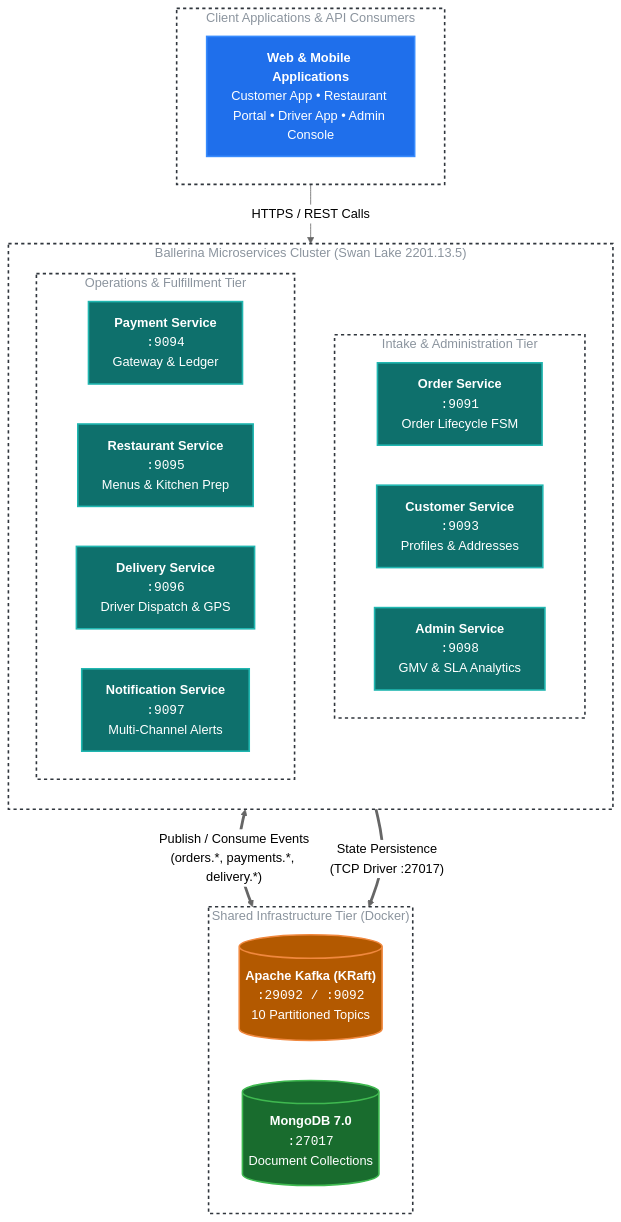
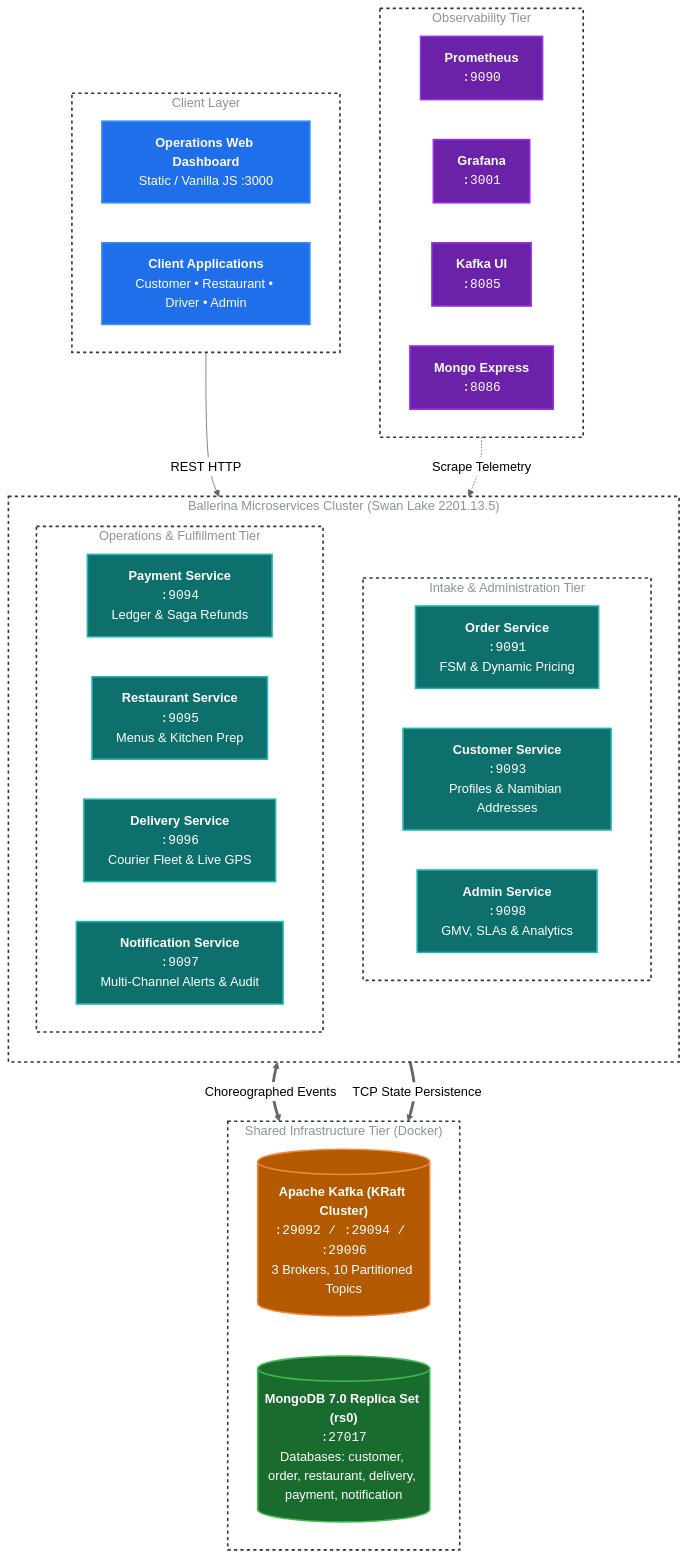
The second of 3 diagrams in README.md (CodeGrogu/DSA-Assignment-2), drawn with Mermaid (neutral theme) before and after one commit. The commit also changed other lines of this file and 90 other files, not shown here.

Commit message:
feat: complete platform service integration, workflows, and order explainer

````diff
--- a/README.md
+++ b/README.md
@@ -45,45 +46,55 @@
 ```mermaid
 flowchart TB
     classDef clientNode fill:#1f6feb,stroke:#388bfd,stroke-width:2px,color:#ffffff,font-family:sans-serif;
     classDef serviceNode fill:#0e706c,stroke:#20b6b0,stroke-width:2px,color:#ffffff,font-family:sans-serif;
     classDef kafkaNode fill:#b35900,stroke:#f0883e,stroke-width:2px,color:#ffffff,font-family:sans-serif;
     classDef mongoNode fill:#196c2e,stroke:#3fb950,stroke-width:2px,color:#ffffff,font-family:sans-serif;
+    classDef obsNode fill:#6b21a8,stroke:#9333ea,stroke-width:2px,color:#ffffff,font-family:sans-serif;
     classDef clusterBox fill:none,stroke:#30363d,stroke-width:2px,stroke-dasharray: 4 4,color:#8b949e,font-family:sans-serif;
 
-    subgraph Clients ["Client Applications & API Consumers"]
+    subgraph Clients ["Client Layer"]
         direction LR
-        clientApp["<b>Web & Mobile Applications</b><br/>Customer App • Restaurant Portal • Driver App • Admin Console"]:::clientNode
+        webDash["<b>Operations Web Dashboard</b><br/>Static / Vanilla JS :3000"]:::clientNode
+        clientApp["<b>Client Applications</b><br/>Customer • Restaurant • Driver • Admin"]:::clientNode
     end
 
     subgraph Cluster ["Ballerina Microservices Cluster (Swan Lake 2201.13.5)"]
         direction TB
 
         subgraph Tier1 ["Intake & Administration Tier"]
             direction LR
-            orderSvc["<b>Order Service</b><br/><code>:9091</code><br/>Order Lifecycle FSM"]:::serviceNode
-            custSvc["<b>Customer Service</b><br/><code>:9093</code><br/>Profiles & Addresses"]:::serviceNode
-            adminSvc["<b>Admin Service</b><br/><code>:9098</code><br/>GMV & SLA Analytics"]:::serviceNode
+            orderSvc["<b>Order Service</b><br/><code>:9091</code><br/>FSM & Dynamic Pricing"]:::serviceNode
+            custSvc["<b>Customer Service</b><br/><code>:9093</code><br/>Profiles & Namibian Addresses"]:::serviceNode
+            adminSvc["<b>Admin Service</b><br/><code>:9098</code><br/>GMV, SLAs & Analytics"]:::serviceNode
         end
 
         subgraph Tier2 ["Operations & Fulfillment Tier"]
             direction LR
-            paySvc["<b>Payment Service</b><br/><code>:9094</code><br/>Gateway & Ledger"]:::serviceNode
+            paySvc["<b>Payment Service</b><br/><code>:9094</code><br/>Ledger & Saga Refunds"]:::serviceNode
             restSvc["<b>Restaurant Service</b><br/><code>:9095</code><br/>Menus & Kitchen Prep"]:::serviceNode
-            delSvc["<b>Delivery Service</b><br/><code>:9096</code><br/>Driver Dispatch & GPS"]:::serviceNode
-            notifSvc["<b>Notification Service</b><br/><code>:9097</code><br/>Multi-Channel Alerts"]:::serviceNode
+            delSvc["<b>Delivery Service</b><br/><code>:9096</code><br/>Courier Fleet & Live GPS"]:::serviceNode
+            notifSvc["<b>Notification Service</b><br/><code>:9097</code><br/>Multi-Channel Alerts & Audit"]:::serviceNode
         end
     end
 
     subgraph Infra ["Shared Infrastructure Tier (Docker)"]
         direction LR
-        kafka[("<b>Apache Kafka (KRaft)</b><br/><code>:29092 / :9092</code><br/>10 Partitioned Topics")]:::kafkaNode
-        mongo[("<b>MongoDB 7.0</b><br/><code>:27017</code><br/>Document Collections")]:::mongoNode
+        kafka[("<b>Apache Kafka (KRaft Cluster)</b><br/><code>:29092 / :29094 / :29096</code><br/>3 Brokers, 10 Partitioned Topics")]:::kafkaNode
+        mongo[("<b>MongoDB 7.0 Replica Set (rs0)</b><br/><code>:27017</code><br/>Databases: customer, order, restaurant, delivery, payment, notification")]:::mongoNode
     end
 
-    clientApp -->|"HTTPS / REST Calls"| Cluster
+    subgraph Obs ["Observability Tier"]
+        direction LR
+        prom["<b>Prometheus</b><br/><code>:9090</code>"]:::obsNode
+        graf["<b>Grafana</b><br/><code>:3001</code>"]:::obsNode
+        kui["<b>Kafka UI</b><br/><code>:8085</code>"]:::obsNode
+        mexp["<b>Mongo Express</b><br/><code>:8086</code>"]:::obsNode
+    end
 
-    Cluster <==>|"Publish / Consume Events<br/>(orders.*, payments.*, delivery.*)"| kafka
-    Cluster ==>|"State Persistence<br/>(TCP Driver :27017)"| mongo
+    Clients -->|"REST HTTP"| Cluster
+    Cluster <==>|"Choreographed Events"| kafka
+    Cluster ==>|"TCP State Persistence"| mongo
+    Obs -.->|"Scrape Telemetry"| Cluster
 
-    class Clients,Cluster,Tier1,Tier2,Infra clusterBox;
+    class Clients,Cluster,Tier1,Tier2,Infra,Obs clusterBox;
 ```
````
